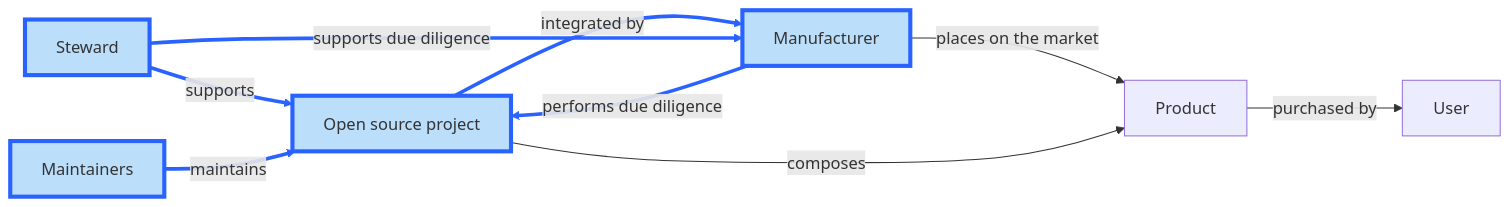
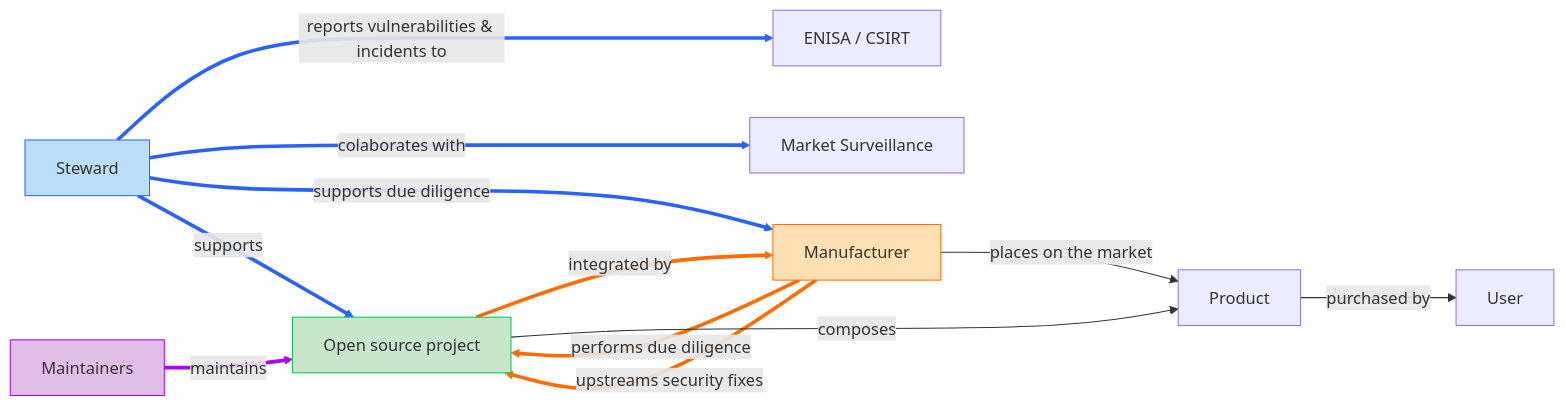
One commit to orcwg/orcwg changed the diagram in cyber-resilience-sig/README.md. Above: the diagram before and after it, drawn with Mermaid. The commit also changed other lines of this file, not shown here.

Commit message:
Improve diagram

````diff
--- a/cyber-resilience-sig/README.md
+++ b/cyber-resilience-sig/README.md
@@ -11,14 +11,29 @@
 ```mermaid
 flowchart LR
     foss["Open source project"] == integrated by ==> manufacturer["Manufacturer"] 
     manufacturer == performs due diligence ==> foss
-    steward["Steward"] == supports due diligence ==> manufacturer
+    steward["Steward"] == reports vulnerabilities & incidents to ===> enisa["ENISA / CSIRT"]
+    steward == colaborates with ===> msa["Market Surveillance"]
+    steward == supports due diligence ==> manufacturer
     steward == supports ==> foss
     maintainers["Maintainers"] == maintains ==> foss
+    manufacturer == upstreams security fixes ==> foss
     manufacturer -- places on the market --> product["Product"]
     foss -- composes --> product
     product -- purchased by --> user["User"]
-    classDef inscope fill:#BBDEFB,stroke:#2962FF,stroke-width:4px
-    class foss,manufacturer,steward,maintainers inscope;
-    linkStyle 0,1,2,3,4 stroke:#2962FF
+
+    style steward fill:#BBDEFB,stroke:#2962FF
+    style foss fill:#C8E6C9,stroke:#00C853
+    style manufacturer stroke:#FF6D00,fill:#FFE0B2
+    style maintainers fill:#E1BEE7,stroke:#AA00FF
+    linkStyle 0 stroke:#FF6D00,fill:none
+    linkStyle 1 stroke:#FF6D00,fill:none
+    linkStyle 2 stroke:#2962FF,fill:none
+    linkStyle 3 stroke:#2962FF,fill:none
+    linkStyle 4 stroke:#2962FF,fill:none
+    linkStyle 5 stroke:#2962FF,fill:none
+    linkStyle 6 stroke:#AA00FF,fill:none
+    linkStyle 7 stroke:#FF6D00,fill:none
+
+
 ```
````
